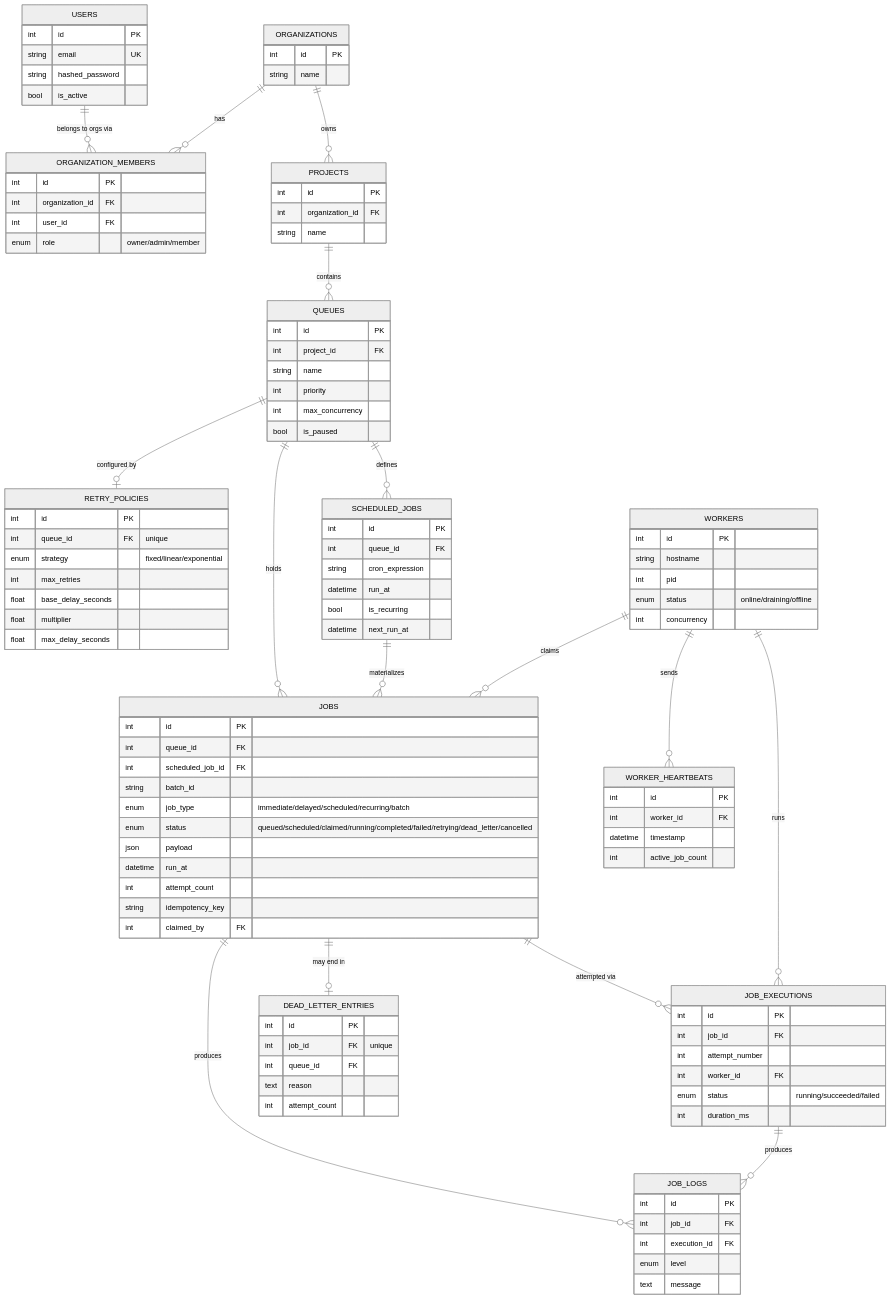
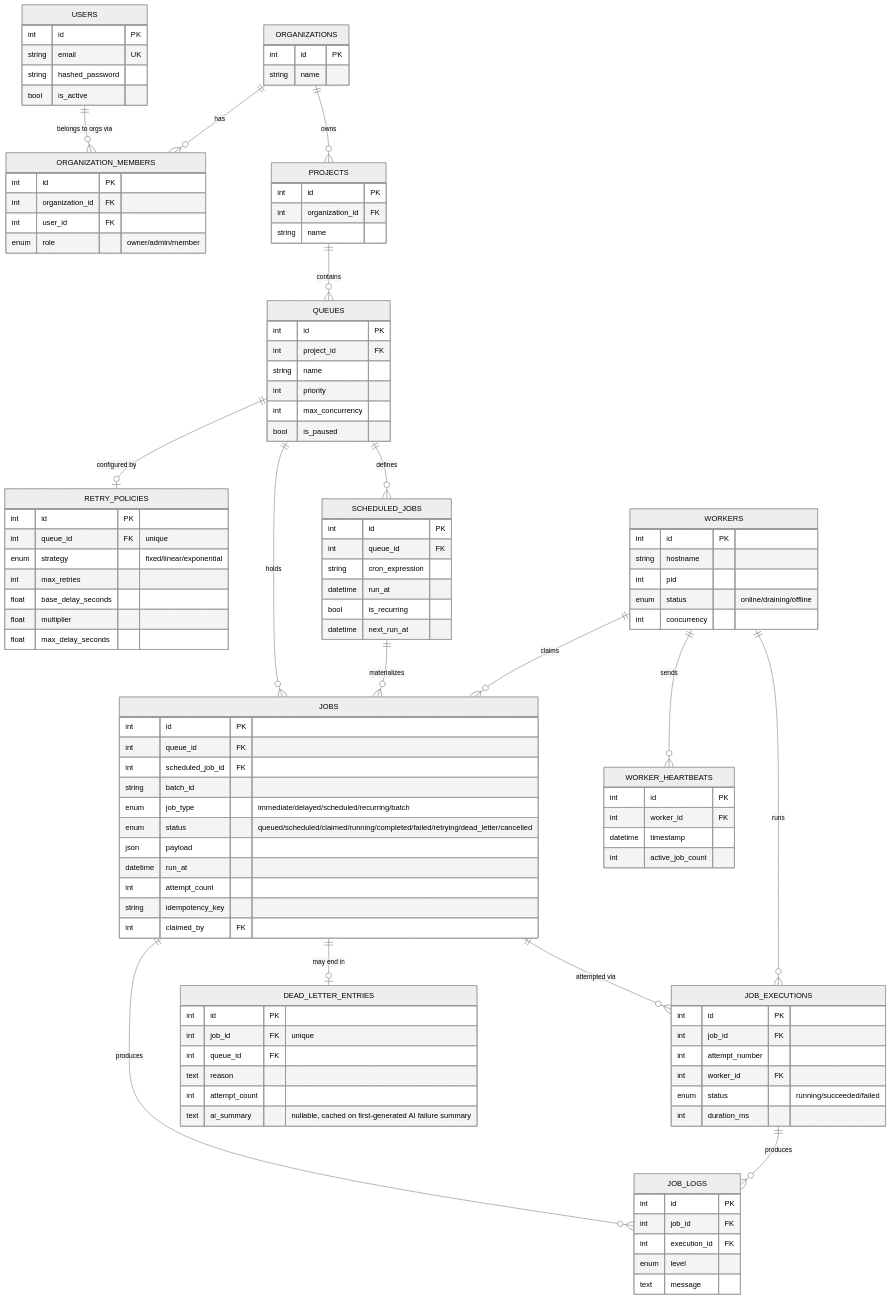
Before and after one commit to Krish231204/Job-Scheduler: the diagram in docs/ER_DIAGRAM.md, drawn with Mermaid (neutral theme). The commit also changed other lines of this file and 2 other files, not shown here.

First line of the commit message:
docs: bring ER diagram, API summary, and architecture doc up to date

```diff
--- a/docs/ER_DIAGRAM.md
+++ b/docs/ER_DIAGRAM.md
@@ -98,6 +98,7 @@
         int queue_id FK
         text reason
         int attempt_count
+        text ai_summary "nullable, cached on first-generated AI failure summary"
     }
     WORKERS {
         int id PK
```
